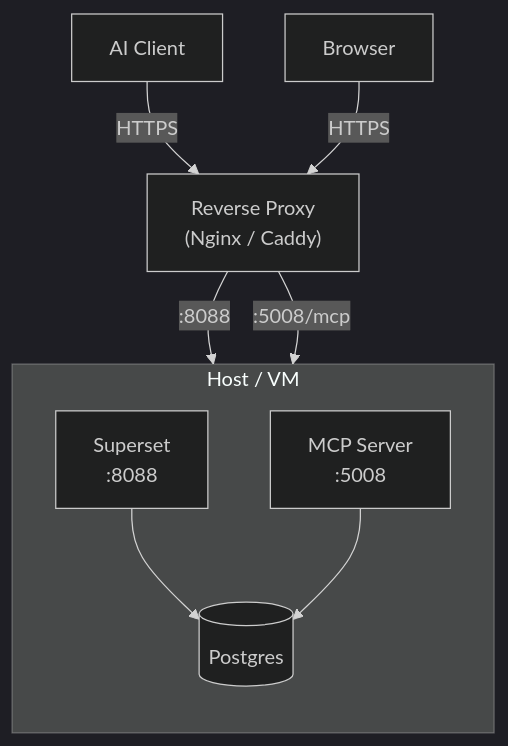
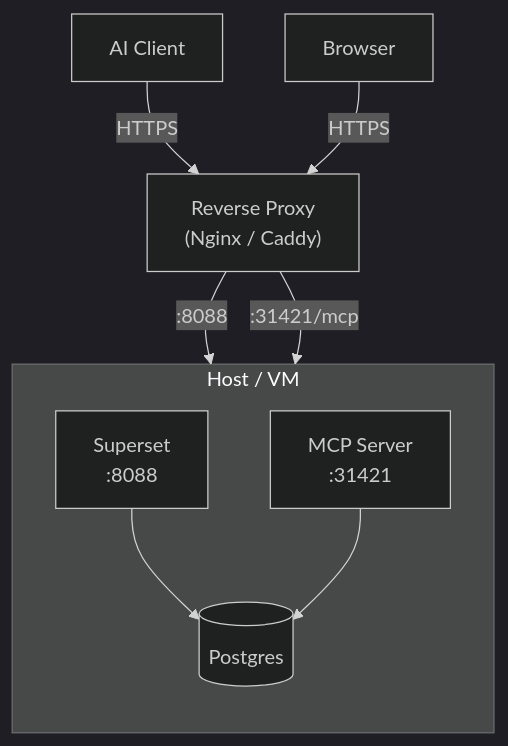
Before and after one commit to defai-digital/ax-bi: the third of 4 diagrams in docs/admin_docs/configuration/mcp-server.mdx, drawn with Mermaid (dark theme). The commit also changed other lines of this file and 17 other files, not shown here.

````diff
--- a/docs/admin_docs/configuration/mcp-server.mdx
+++ b/docs/admin_docs/configuration/mcp-server.mdx
@@ -366,12 +408,12 @@
 ```mermaid
 flowchart TD
     subgraph host["Host / VM"]
         direction TB
         S["Superset<br/>:8088"] --> DB[("Postgres")]
-        M["MCP Server<br/>:5008"] --> DB
+        M["MCP Server<br/>:31421"] --> DB
     end
     C["AI Client"] -- "HTTPS" --> P["Reverse Proxy<br/>(Nginx / Caddy)"]
     U["Browser"] -- "HTTPS" --> P
     P -- ":8088" --> S
-    P -- ":5008/mcp" --> M
+    P -- ":31421/mcp" --> M
 ```
````
